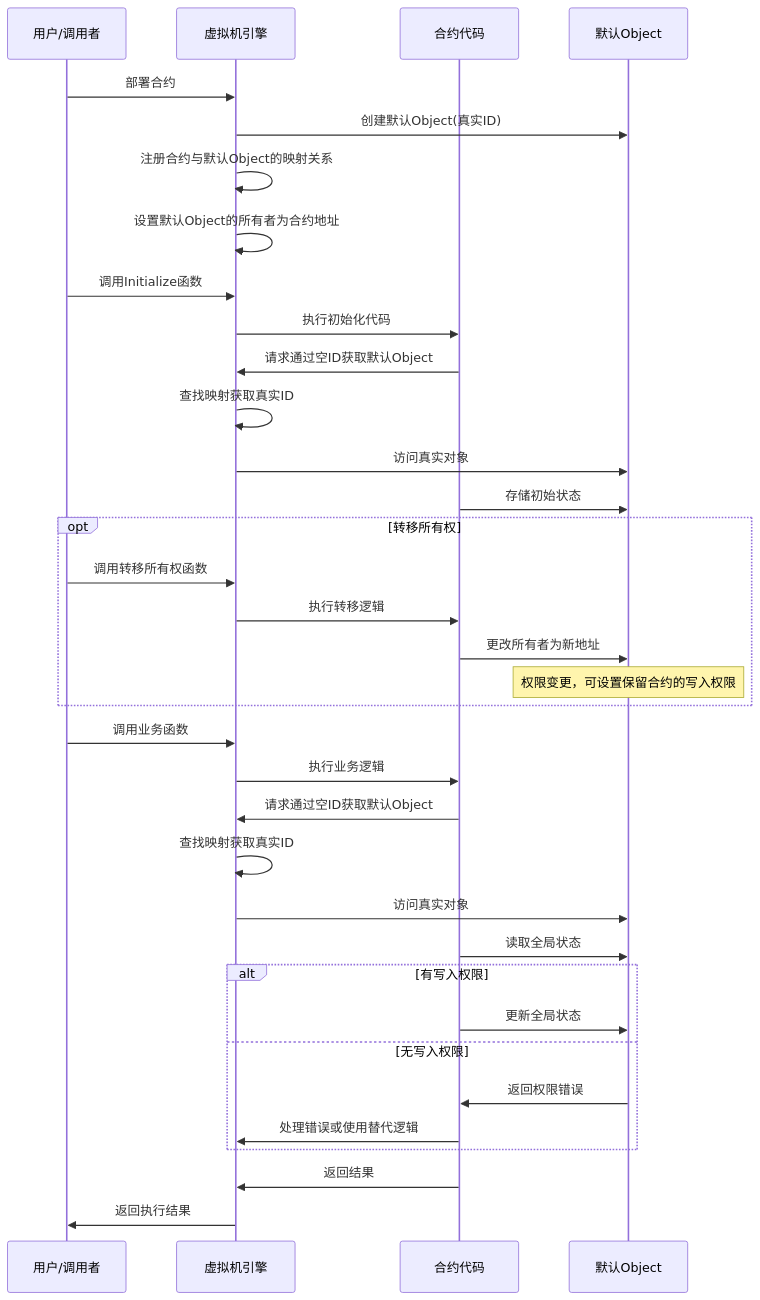
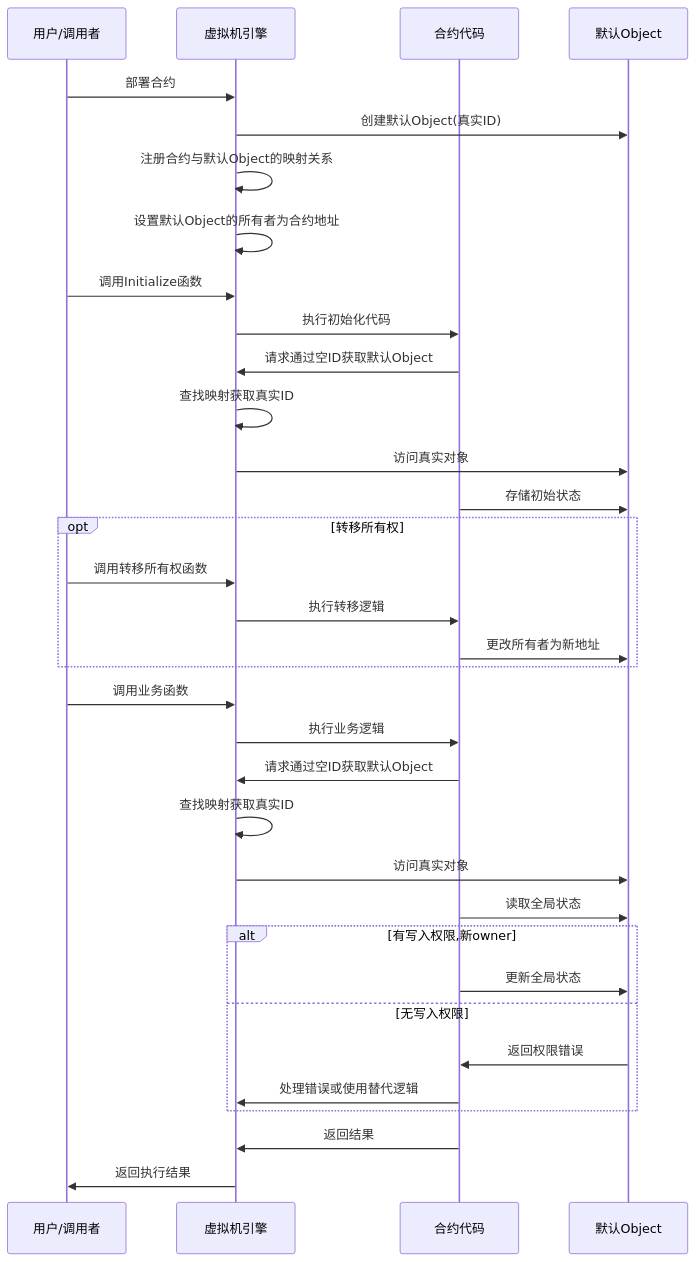
One commit to govm-net/vm changed the second of 6 diagrams in docs/wasm_contract_execution.md. Above: the diagram before and after it, drawn with Mermaid. The commit also changed other lines of this file and 4 other files, not shown here.

````diff
--- a/docs/wasm_contract_execution.md
+++ b/docs/wasm_contract_execution.md
@@ -634,41 +531,40 @@
 ```mermaid
 sequenceDiagram
     participant User as 用户/调用者
     participant VM as 虚拟机引擎
     participant Contract as 合约代码
     participant DefaultObj as 默认Object
     
     User->>VM: 部署合约
     VM->>DefaultObj: 创建默认Object(真实ID)
     VM->>VM: 注册合约与默认Object的映射关系
     VM->>VM: 设置默认Object的所有者为合约地址
     
     User->>VM: 调用Initialize函数
     VM->>Contract: 执行初始化代码
     Contract->>VM: 请求通过空ID获取默认Object
     VM->>VM: 查找映射获取真实ID
     VM->>DefaultObj: 访问真实对象
     Contract->>DefaultObj: 存储初始状态
     
     opt 转移所有权
         User->>VM: 调用转移所有权函数
         VM->>Contract: 执行转移逻辑
         Contract->>DefaultObj: 更改所有者为新地址
-        Note over DefaultObj: 权限变更，可设置保留合约的写入权限
     end
     
     User->>VM: 调用业务函数
     VM->>Contract: 执行业务逻辑
     Contract->>VM: 请求通过空ID获取默认Object
     VM->>VM: 查找映射获取真实ID
     VM->>DefaultObj: 访问真实对象
     Contract->>DefaultObj: 读取全局状态
-    alt 有写入权限
+    alt 有写入权限,新owner
         Contract->>DefaultObj: 更新全局状态 
     else 无写入权限
         DefaultObj->>Contract: 返回权限错误
         Contract->>VM: 处理错误或使用替代逻辑
     end
     Contract->>VM: 返回结果
     VM->>User: 返回执行结果
 ```
````
